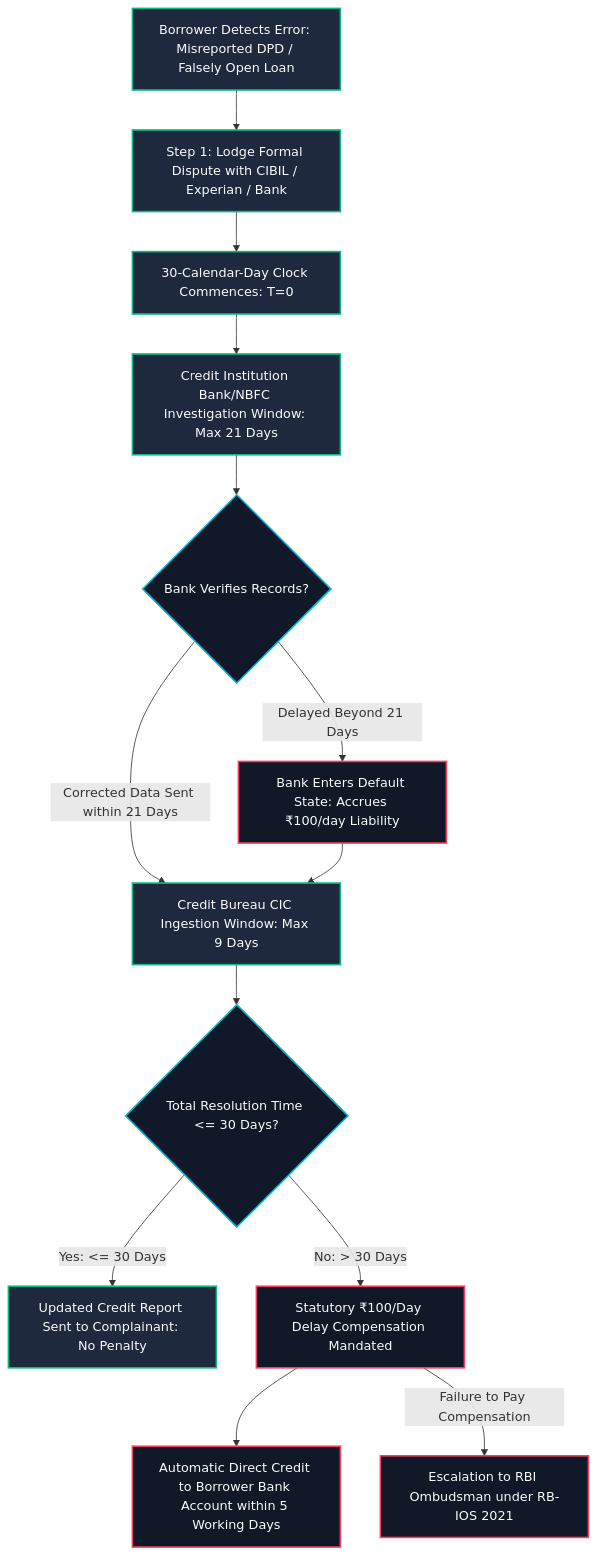
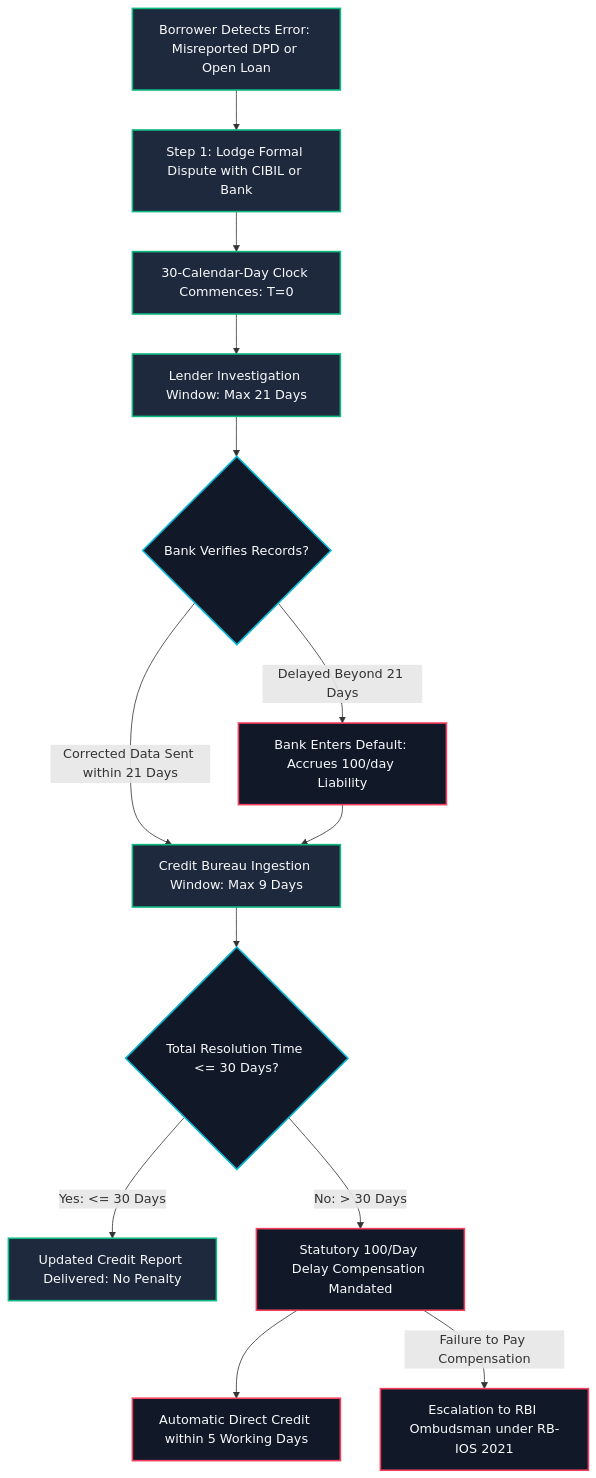
Before and after one commit to chirag127/investiq-zero-debt-india: the diagram in src/content/articles/cibil-credit-bureau-dispute-30-day-rule.md, drawn with Mermaid. The commit also changed 6 other files, not shown here.

Commit message:
fix: sanitize mermaid node labels with clean quoted strings for robust SVG rendering

````diff
--- a/src/content/articles/cibil-credit-bureau-dispute-30-day-rule.md
+++ b/src/content/articles/cibil-credit-bureau-dispute-30-day-rule.md
@@ -32,22 +32,22 @@
 ```mermaid
 graph TD
-    A[Borrower Detects Error: Misreported DPD / Falsely Open Loan] --> B[Step 1: Lodge Formal Dispute with CIBIL / Experian / Bank]
-    B --> C[30-Calendar-Day Clock Commences: T=0]
-    C --> D[Credit Institution Bank/NBFC Investigation Window: Max 21 Days]
-    D --> E{Bank Verifies Records?}
-    E -->|Corrected Data Sent within 21 Days| F[Credit Bureau CIC Ingestion Window: Max 9 Days]
-    E -->|Delayed Beyond 21 Days| G[Bank Enters Default State: Accrues ₹100/day Liability]
+    A["Borrower Detects Error: Misreported DPD or Open Loan"] --> B["Step 1: Lodge Formal Dispute with CIBIL or Bank"]
+    B --> C["30-Calendar-Day Clock Commences: T=0"]
+    C --> D["Lender Investigation Window: Max 21 Days"]
+    D --> E{"Bank Verifies Records?"}
+    E -->|Corrected Data Sent within 21 Days| F["Credit Bureau Ingestion Window: Max 9 Days"]
+    E -->|Delayed Beyond 21 Days| G["Bank Enters Default: Accrues 100/day Liability"]
     G --> F
-    F --> H{Total Resolution Time <= 30 Days?}
-    H -->|Yes: <= 30 Days| I[Updated Credit Report Sent to Complainant: No Penalty]
-    H -->|No: > 30 Days| J[Statutory ₹100/Day Delay Compensation Mandated]
-    J --> K[Automatic Direct Credit to Borrower Bank Account within 5 Working Days]
-    J -->|Failure to Pay Compensation| L[Escalation to RBI Ombudsman under RB-IOS 2021]
+    F --> H{"Total Resolution Time <= 30 Days?"}
+    H -->|Yes: <= 30 Days| I["Updated Credit Report Delivered: No Penalty"]
+    H -->|No: > 30 Days| J["Statutory 100/Day Delay Compensation Mandated"]
+    J --> K["Automatic Direct Credit within 5 Working Days"]
+    J -->|Failure to Pay Compensation| L["Escalation to RBI Ombudsman under RB-IOS 2021"]
 
     classDef primary fill:#1f293d,stroke:#10b981,stroke-width:2px,color:#f8fafc;
     classDef highlight fill:#111827,stroke:#06b6d4,stroke-width:2px,color:#f8fafc;
     classDef alert fill:#111827,stroke:#f43f5e,stroke-width:2px,color:#f8fafc;
     class A,B,C,D,F,I primary;
     class E,H highlight;
     class G,J,K,L alert;
 ```
````
